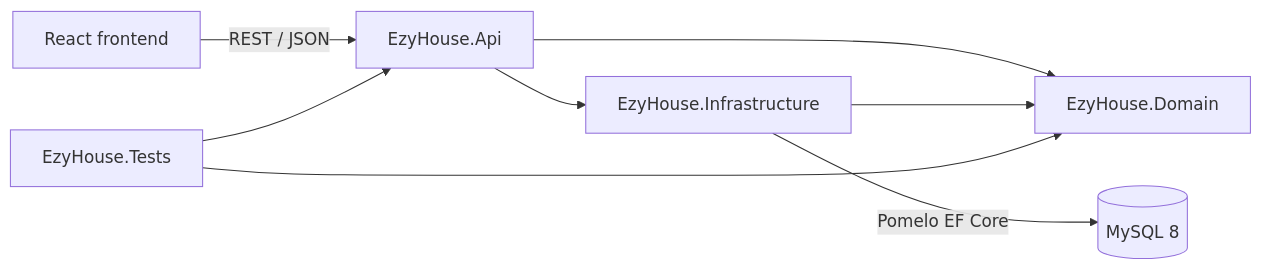
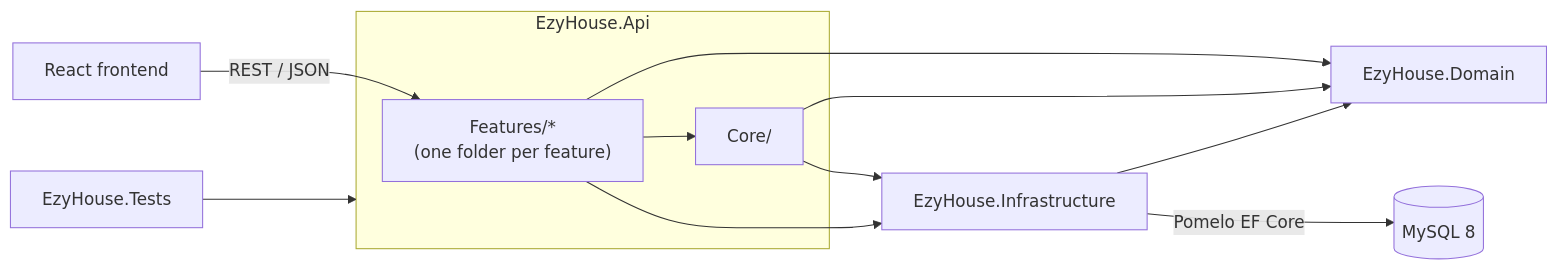
One commit to wanchaiS/ezyhouse changed the first of 2 diagrams in Backend/backend.md. Above: the diagram before and after it, drawn with Mermaid. The commit also changed other lines of this file, not shown here.

````diff
--- a/Backend/backend.md
+++ b/Backend/backend.md
@@ -68,10 +89,14 @@
 ```mermaid
 flowchart LR
-    ReactApp["React frontend"] -->|"REST / JSON"| Api["EzyHouse.Api"]
-    Api --> Domain["EzyHouse.Domain"]
-    Api --> Infrastructure["EzyHouse.Infrastructure"]
+    ReactApp["React frontend"] -->|"REST / JSON"| Features
+    subgraph Api["EzyHouse.Api"]
+        Features["Features/*<br/>(one folder per feature)"] --> ApiCore["Core/"]
+    end
+    Features --> Domain["EzyHouse.Domain"]
+    ApiCore --> Domain
+    ApiCore --> Infrastructure["EzyHouse.Infrastructure"]
+    Features --> Infrastructure
     Infrastructure --> Domain
     Infrastructure -->|"Pomelo EF Core"| MySQL[("MySQL 8")]
     Tests["EzyHouse.Tests"] --> Api
-    Tests --> Domain
 ```
````
